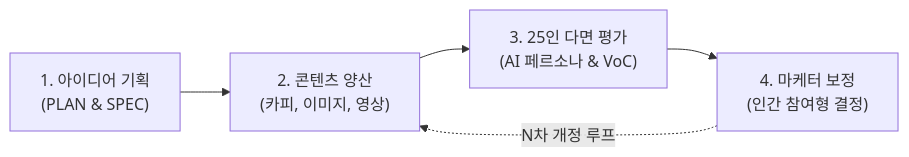
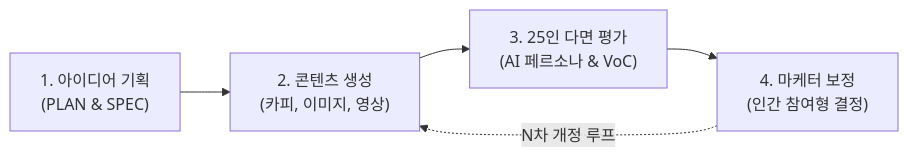
Before and after one commit to jiangjun-forge/google-cloud-0-to-1: the diagram in samples/drive-marketing-content-pipeline/README.md, drawn with Mermaid. The commit also changed other lines of this file and 9 other files, not shown here.

````diff
--- a/samples/drive-marketing-content-pipeline/README.md
+++ b/samples/drive-marketing-content-pipeline/README.md
@@ -37,7 +37,7 @@
 ```mermaid
 flowchart LR
-    A["1. 아이디어 기획<br/>(PLAN & SPEC)"] --> B["2. 콘텐츠 양산<br/>(카피, 이미지, 영상)"]
+    A["1. 아이디어 기획<br/>(PLAN & SPEC)"] --> B["2. 콘텐츠 생성<br/>(카피, 이미지, 영상)"]
     B --> C["3. 25인 다면 평가<br/>(AI 페르소나 & VoC)"]
     C --> D["4. 마케터 보정<br/>(인간 참여형 결정)"]
     D -.->|N차 개정 루프| B
 ```
````
